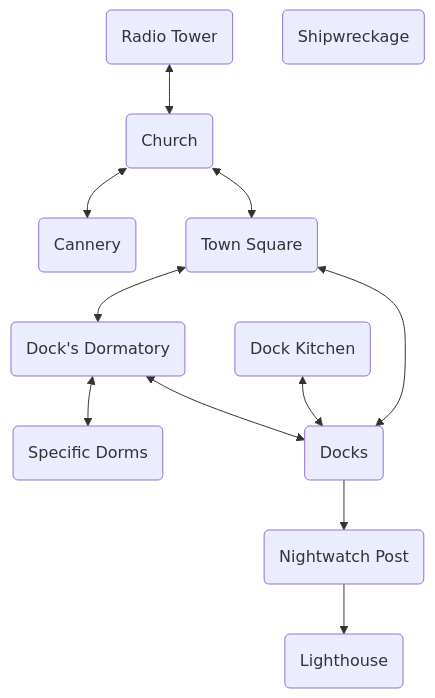
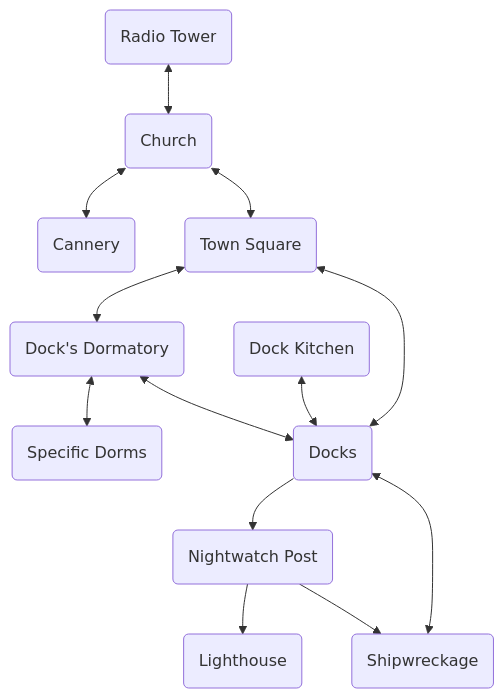
Before and after one commit to reinheat/CrannBethadh: the diagram in TTRPG/SQ3 - Session 1.md, drawn with Mermaid. The commit also changed other lines of this file and 2 other files, not shown here.

Commit message:
vault backup: 2026-11-27 02:00:09

````diff
--- a/TTRPG/SQ3 - Session 1.md
+++ b/TTRPG/SQ3 - Session 1.md
@@ -12,21 +12,23 @@
 ```mermaid
 graph
 1(Radio Tower)
 2(Church)
 3(Cannery)
 4(Town Square)
 5(Shipwreckage)
 6(Dock's Dormatory)
 7(Specific Dorms)
 8(Dock Kitchen)
 9(Nightwatch Post)
 10(Lighthouse)
 11(Docks)
 
 1 <--> 2 <--> 3
 2 <--> 4 <--> 6 <--> 7
 4 <--> 11
 6 <--> 11
 8 <--> 11
 11 --> 9 --> 10
+9 --> 5
+5 <--> 11
 ```
````
